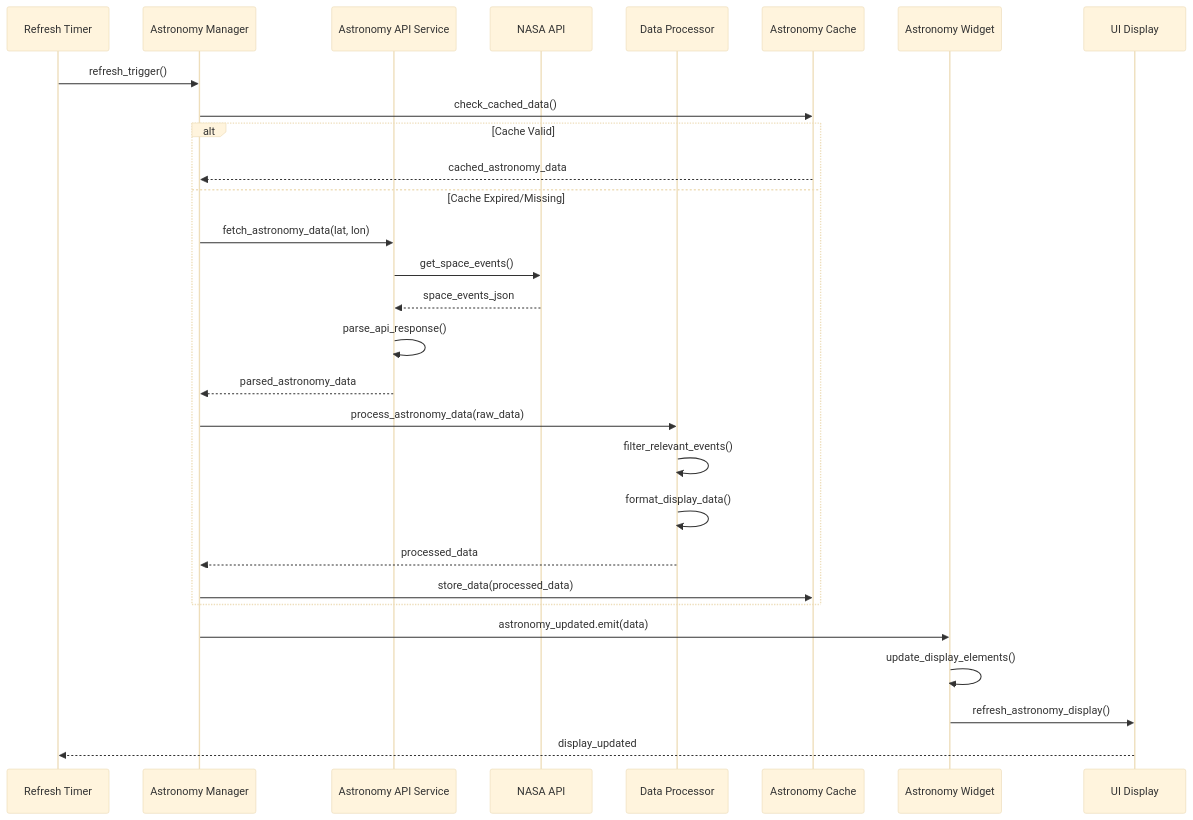
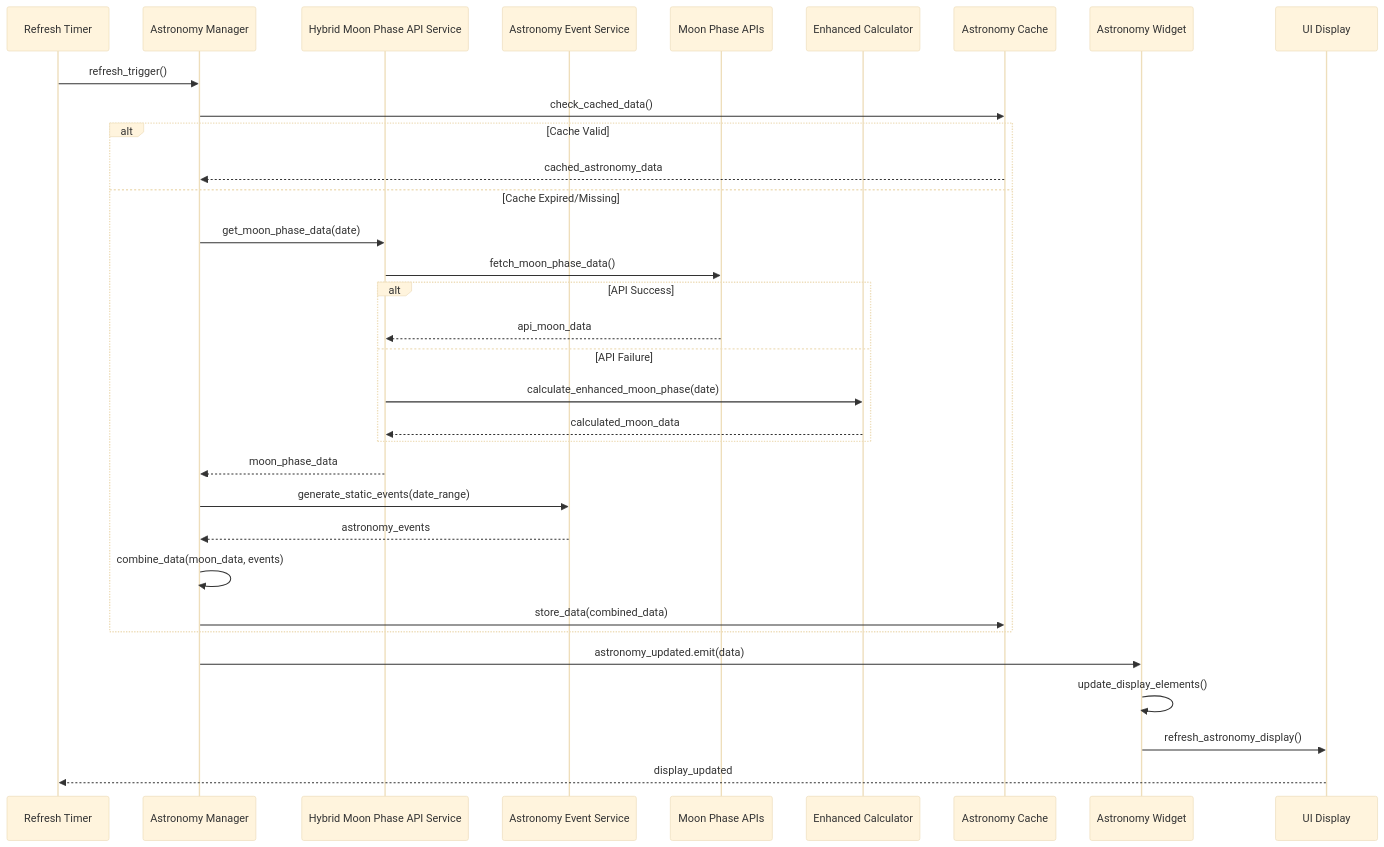
One commit to oernster/trainer changed the eighth of 13 diagrams in docs/data-flow.md. Above: the diagram before and after it, drawn with Mermaid (base theme). The commit also changed other lines of this file and 19 other files, not shown here.

Commit message:
Hybrid API moon phasing solution for accuracy.

````diff
--- a/docs/data-flow.md
+++ b/docs/data-flow.md
@@ -325,36 +329,41 @@
 ```mermaid
 sequenceDiagram
     participant Timer as Refresh Timer
     participant AM as Astronomy Manager
-    participant AAS as Astronomy API Service
-    participant NASA as NASA API
-    participant Proc as Data Processor
+    participant HMPAS as Hybrid Moon Phase API Service
+    participant AES as Astronomy Event Service
+    participant API as Moon Phase APIs
+    participant Calc as Enhanced Calculator
     participant Cache as Astronomy Cache
     participant AW as Astronomy Widget
     participant UI as UI Display
     
     Timer->>AM: refresh_trigger()
     AM->>Cache: check_cached_data()
     
     alt Cache Valid
         Cache-->>AM: cached_astronomy_data
     else Cache Expired/Missing
-        AM->>AAS: fetch_astronomy_data(lat, lon)
-        AAS->>NASA: get_space_events()
-        NASA-->>AAS: space_events_json
-        AAS->>AAS: parse_api_response()
-        AAS-->>AM: parsed_astronomy_data
+        AM->>HMPAS: get_moon_phase_data(date)
+        HMPAS->>API: fetch_moon_phase_data()
         
-        AM->>Proc: process_astronomy_data(raw_data)
-        Proc->>Proc: filter_relevant_events()
-        Proc->>Proc: format_display_data()
-        Proc-->>AM: processed_data
+        alt API Success
+            API-->>HMPAS: api_moon_data
+        else API Failure
+            HMPAS->>Calc: calculate_enhanced_moon_phase(date)
+            Calc-->>HMPAS: calculated_moon_data
+        end
         
-        AM->>Cache: store_data(processed_data)
+        HMPAS-->>AM: moon_phase_data
+        AM->>AES: generate_static_events(date_range)
+        AES-->>AM: astronomy_events
+        
+        AM->>AM: combine_data(moon_data, events)
+        AM->>Cache: store_data(combined_data)
     end
     
     AM->>AW: astronomy_updated.emit(data)
     AW->>AW: update_display_elements()
     AW->>UI: refresh_astronomy_display()
     UI-->>Timer: display_updated
 ```
````
